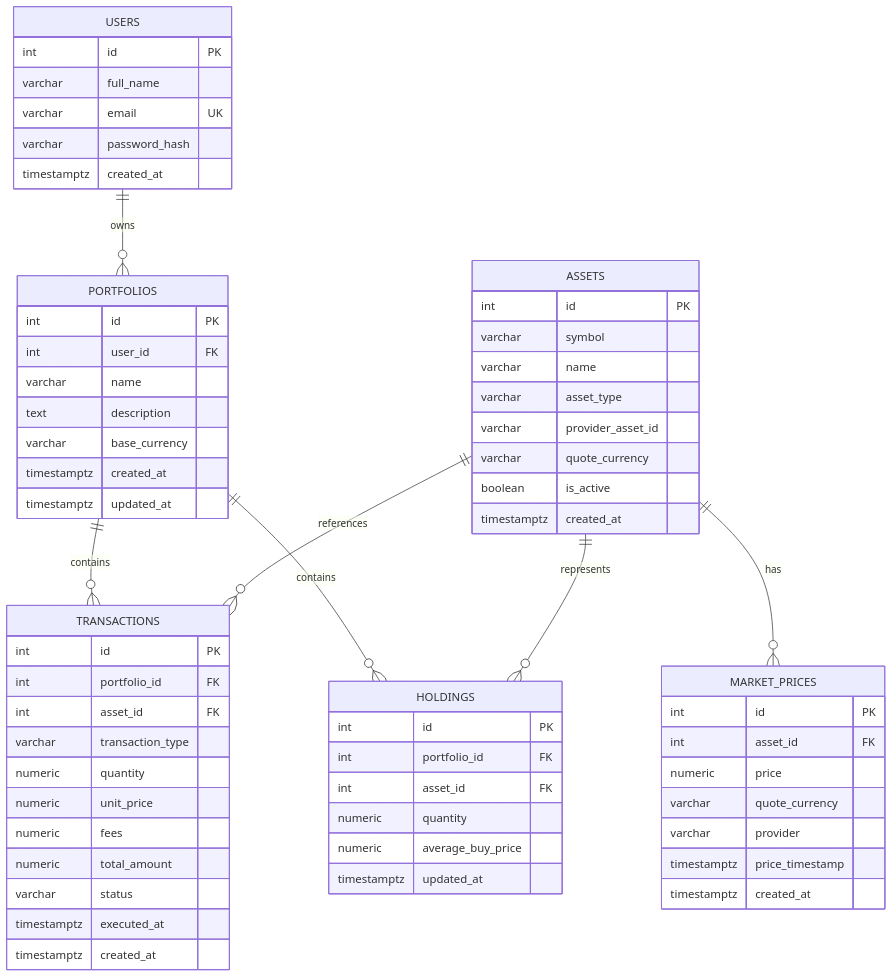
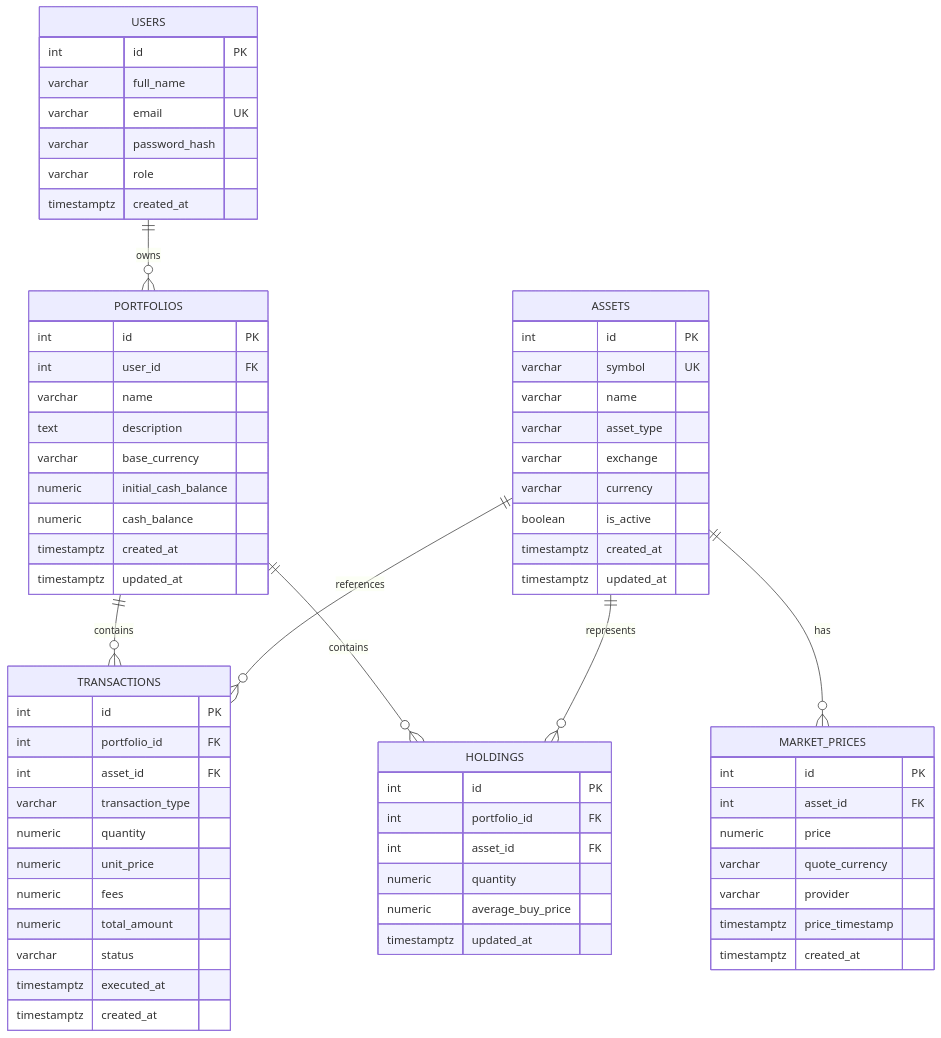
One commit to adiithya/investment-platform changed the diagram in docs/02-technical/DATABASE_DESIGN.md. Above: the diagram before and after it, drawn with Mermaid. The commit also changed other lines of this file and 7 other files, not shown here.

````diff
--- a/docs/02-technical/DATABASE_DESIGN.md
+++ b/docs/02-technical/DATABASE_DESIGN.md
@@ -54,71 +57,75 @@
 ```mermaid
 erDiagram
     USERS ||--o{ PORTFOLIOS : owns
     PORTFOLIOS ||--o{ TRANSACTIONS : contains
     ASSETS ||--o{ TRANSACTIONS : references
     PORTFOLIOS ||--o{ HOLDINGS : contains
     ASSETS ||--o{ HOLDINGS : represents
     ASSETS ||--o{ MARKET_PRICES : has
 
     USERS {
         int id PK
         varchar full_name
         varchar email UK
         varchar password_hash
+        varchar role
         timestamptz created_at
     }
 
     PORTFOLIOS {
         int id PK
         int user_id FK
         varchar name
         text description
         varchar base_currency
+        numeric initial_cash_balance
+        numeric cash_balance
         timestamptz created_at
         timestamptz updated_at
     }
 
     ASSETS {
         int id PK
-        varchar symbol
+        varchar symbol UK
         varchar name
         varchar asset_type
-        varchar provider_asset_id
-        varchar quote_currency
+        varchar exchange
+        varchar currency
         boolean is_active
         timestamptz created_at
+        timestamptz updated_at
     }
 
     TRANSACTIONS {
         int id PK
         int portfolio_id FK
         int asset_id FK
         varchar transaction_type
         numeric quantity
         numeric unit_price
         numeric fees
         numeric total_amount
         varchar status
         timestamptz executed_at
         timestamptz created_at
     }
 
     HOLDINGS {
         int id PK
         int portfolio_id FK
         int asset_id FK
         numeric quantity
         numeric average_buy_price
         timestamptz updated_at
     }
 
     MARKET_PRICES {
         int id PK
         int asset_id FK
         numeric price
         varchar quote_currency
         varchar provider
         timestamptz price_timestamp
         timestamptz created_at
     }
 ```
````
